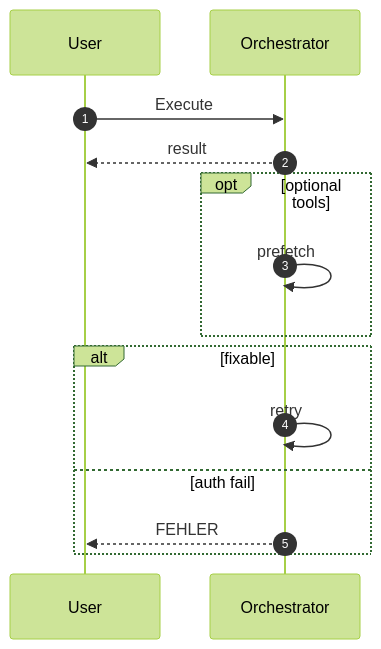
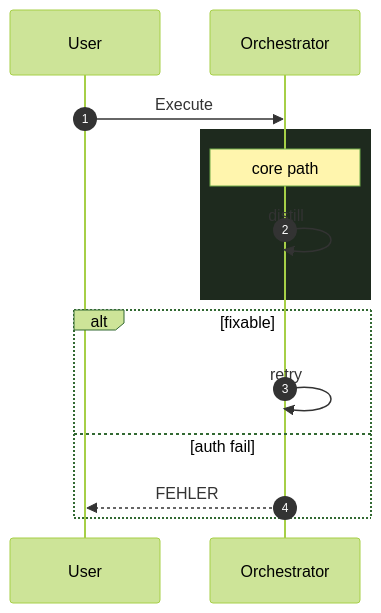
The sixth of 6 diagrams in docs/MERMAID.md (landjunge/gnom-hub-v1), drawn with Mermaid (forest theme) before and after one commit. The commit also changed other lines of this file and 3 other files, not shown here.

First line of the commit message:
docs: deepen Mermaid styling classes (shared palette)

````diff
--- a/docs/MERMAID.md
+++ b/docs/MERMAID.md
@@ -136,16 +200,16 @@
 ```mermaid
 sequenceDiagram
   autonumber
   participant U as User
   participant O as Orchestrator
   U->>O: Execute
-  O-->>U: result
-  opt optional tools
-    O->>O: prefetch
+  rect rgb(30, 42, 30)
+    Note over O: core path
+    O->>O: distill
   end
   alt fixable
     O->>O: retry
   else auth fail
     O-->>U: FEHLER
   end
 ```
````
